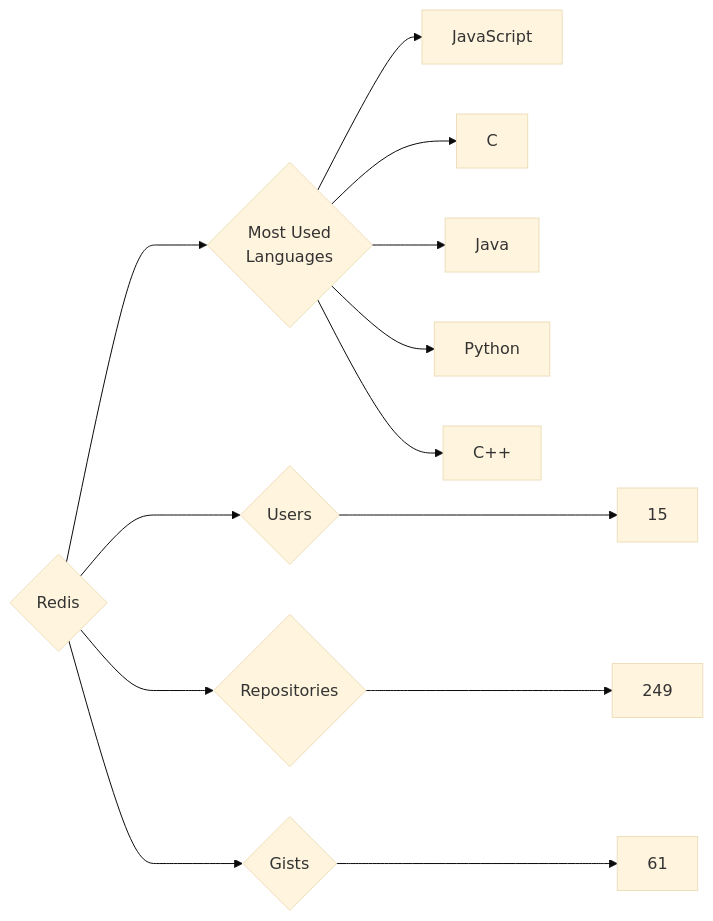
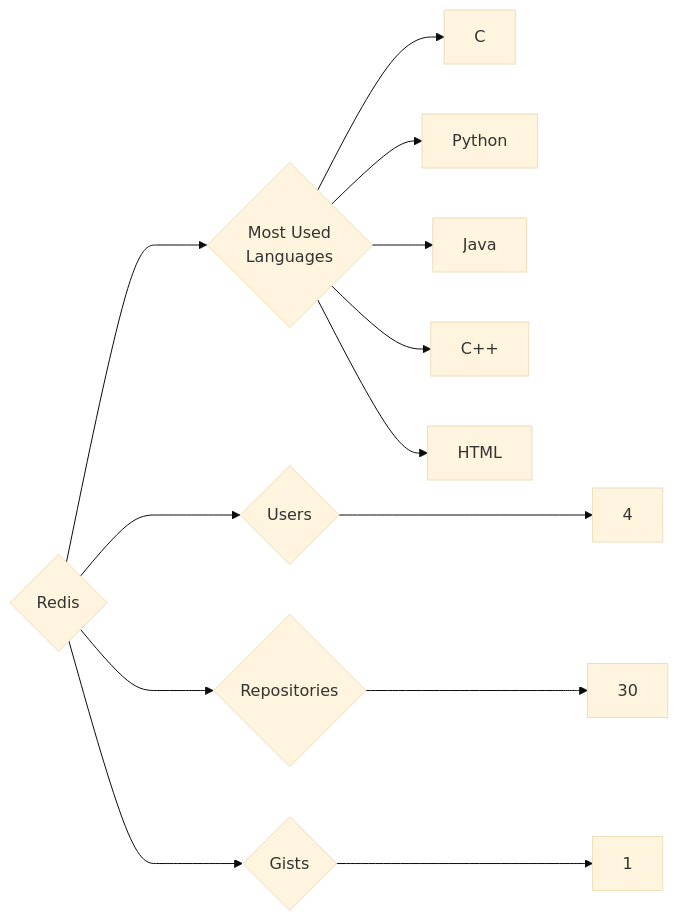
One commit to trickest/insiders changed the diagram in targets/Redis/README.md. Above: the diagram before and after it, drawn with Mermaid (base theme). The commit also changed 953 other files, not shown here.

````diff
--- a/targets/Redis/README.md
+++ b/targets/Redis/README.md
@@ -3,13 +3,13 @@
 ```mermaid
 graph LR
 COMPANY_NAME{Redis}
-COMPANY_NAME ---> U{Users} ---> UN[15]
-COMPANY_NAME ---> R{Repositories} ---> RN[249]
-COMPANY_NAME ---> G{Gists} ---> GN[61]
+COMPANY_NAME ---> U{Users} ---> UN[4]
+COMPANY_NAME ---> R{Repositories} ---> RN[30]
+COMPANY_NAME ---> G{Gists} ---> GN[1]
 COMPANY_NAME ---> ML{Most Used<br>Languages}
-ML --> JavaScript[JavaScript]
 ML --> C[C]
+ML --> Python[Python]
 ML --> Java[Java]
-ML --> Python[Python]
 ML --> C++[C++]
+ML --> HTML[HTML]
 ```
````
